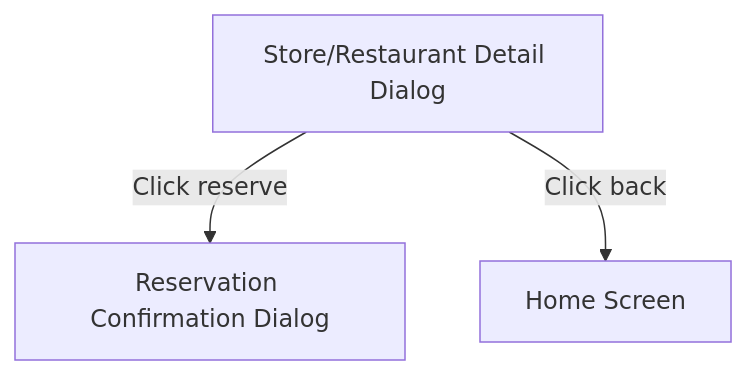
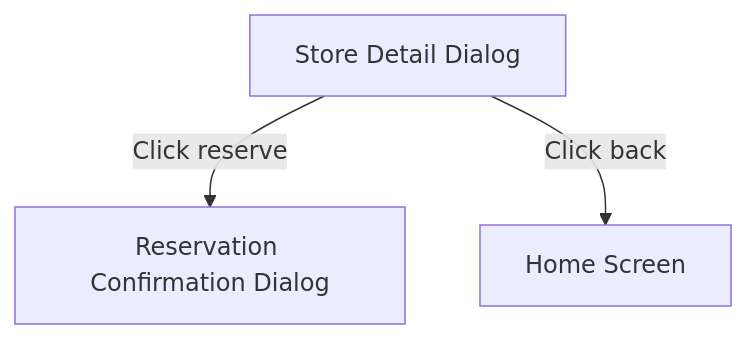
One commit to vanakenm/hyf-frontend-template changed the second of 6 diagrams in planning/ConceptInterfaces.md. Above: the diagram before and after it, drawn with Mermaid. The commit also changed other lines of this file, not shown here.

Commit message:
diagram2

````diff
--- a/planning/ConceptInterfaces.md
+++ b/planning/ConceptInterfaces.md
@@ -32,5 +32,5 @@
 ```mermaid
 graph TD
-    A[Store/Restaurant Detail Dialog] -->|Click reserve| B[Reservation Confirmation Dialog]
+    A[Store Detail Dialog] -->|Click reserve| B[ Reservation Confirmation Dialog]
     A -->|Click back| C[Home Screen]
 ```
````
